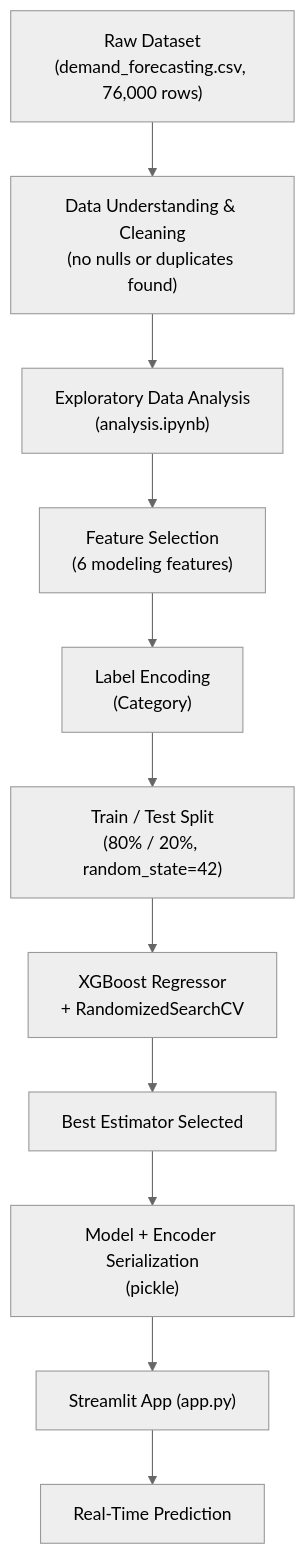
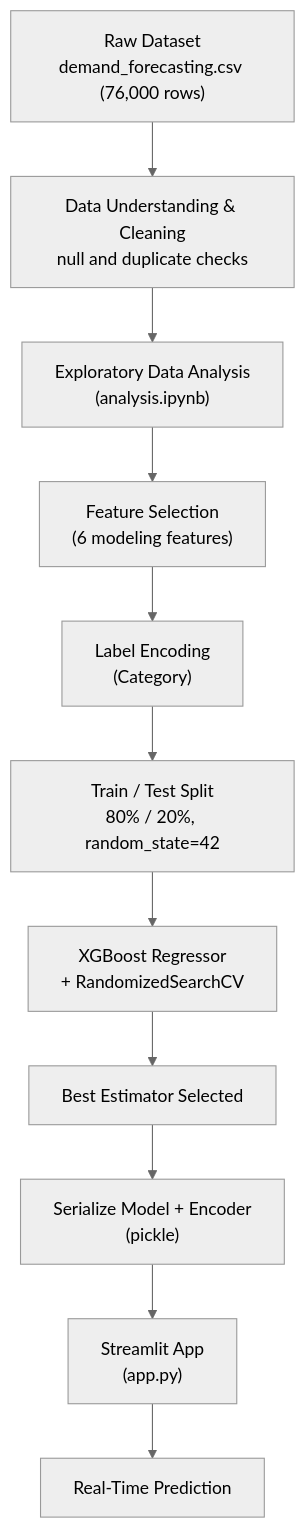
Before and after one commit to harshantla-cloud/DEMAND-FORECASTING-SYSTEM: the second of 3 diagrams in README.md, drawn with Mermaid (neutral theme). The commit also changed other lines of this file, not shown here.

````diff
--- a/README.md
+++ b/README.md
@@ -83,13 +93,13 @@
 ```mermaid
 flowchart TD
-    A["Raw Dataset<br/>(demand_forecasting.csv, 76,000 rows)"] --> B["Data Understanding & Cleaning<br/>(no nulls or duplicates found)"]
+    A["Raw Dataset<br/>demand_forecasting.csv (76,000 rows)"] --> B["Data Understanding & Cleaning<br/>null and duplicate checks"]
     B --> C["Exploratory Data Analysis<br/>(analysis.ipynb)"]
     C --> D["Feature Selection<br/>(6 modeling features)"]
     D --> E["Label Encoding<br/>(Category)"]
-    E --> F["Train / Test Split<br/>(80% / 20%, random_state=42)"]
+    E --> F["Train / Test Split<br/>80% / 20%, random_state=42"]
     F --> G["XGBoost Regressor<br/>+ RandomizedSearchCV"]
     G --> H["Best Estimator Selected"]
-    H --> I["Model + Encoder Serialization<br/>(pickle)"]
-    I --> J["Streamlit App (app.py)"]
+    H --> I["Serialize Model + Encoder<br/>(pickle)"]
+    I --> J["Streamlit App<br/>(app.py)"]
     J --> K["Real-Time Prediction"]
 ```
````
